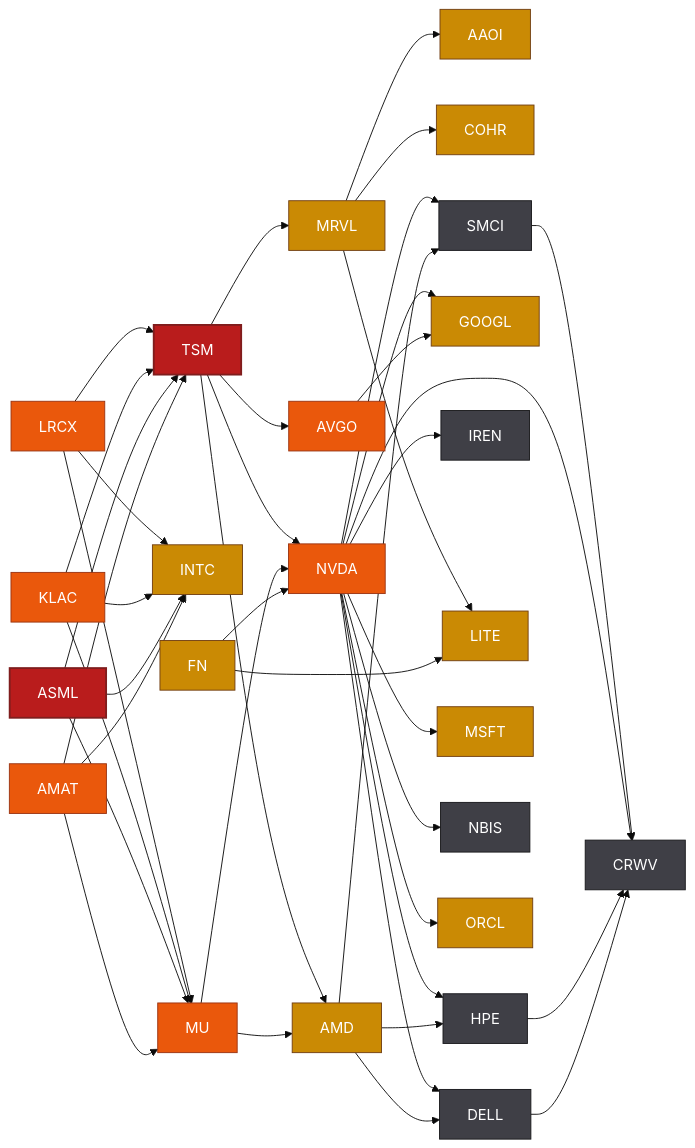
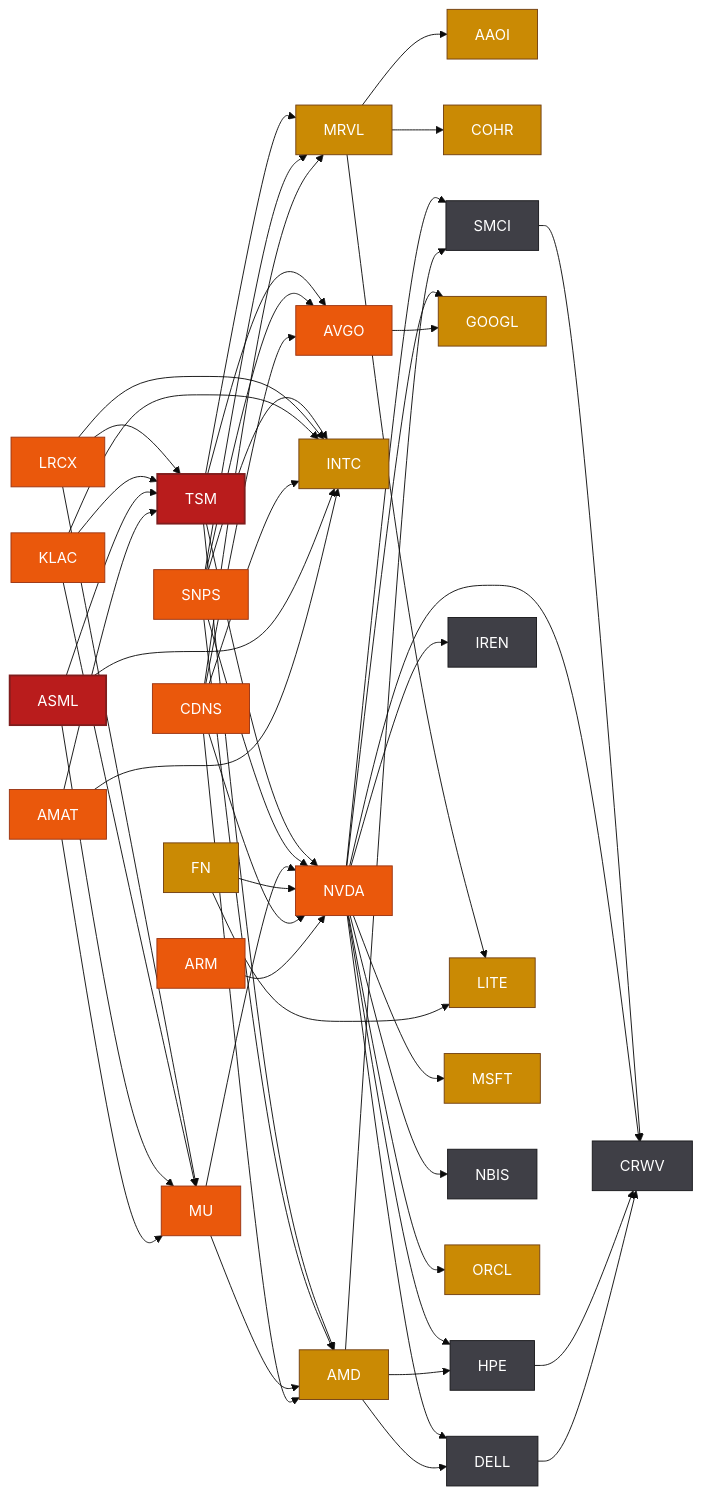
Before and after one commit to Ali0600/stocks-vault: the diagram in Maps/AI Supply Chain.md, drawn with Mermaid (base theme). The commit also changed other lines of this file and 54 other files, not shown here.

First line of the commit message:
vault: add the chip-design chokepoint layer — EDA & IP (SNPS, CDNS, ARM)

```diff
--- a/Maps/AI Supply Chain.md
+++ b/Maps/AI Supply Chain.md
@@ -81,8 +86,10 @@
   AAOI[AAOI]:::medium
   AMAT[AMAT]:::high
   AMD[AMD]:::medium
+  ARM[ARM]:::high
   ASML[ASML]:::extreme
   AVGO[AVGO]:::high
+  CDNS[CDNS]:::high
   COHR[COHR]:::medium
   CRWV[CRWV]:::low
   DELL[DELL]:::low
@@ -101,6 +108,7 @@
   NVDA[NVDA]:::high
   ORCL[ORCL]:::medium
   SMCI[SMCI]:::low
+  SNPS[SNPS]:::high
   TSM[TSM]:::extreme
   AMAT --> INTC
   AMAT --> MU
@@ -108,10 +116,16 @@
   AMD --> DELL
   AMD --> HPE
   AMD --> SMCI
+  ARM --> NVDA
   ASML --> INTC
   ASML --> MU
   ASML --> TSM
   AVGO --> GOOGL
+  CDNS --> AMD
+  CDNS --> AVGO
+  CDNS --> INTC
+  CDNS --> MRVL
+  CDNS --> NVDA
   DELL --> CRWV
   FN --> LITE
   FN --> NVDA
@@ -137,6 +151,11 @@
   NVDA --> ORCL
   NVDA --> SMCI
   SMCI --> CRWV
+  SNPS --> AMD
+  SNPS --> AVGO
+  SNPS --> INTC
+  SNPS --> MRVL
+  SNPS --> NVDA
   TSM --> AMD
   TSM --> AVGO
   TSM --> MRVL
```
